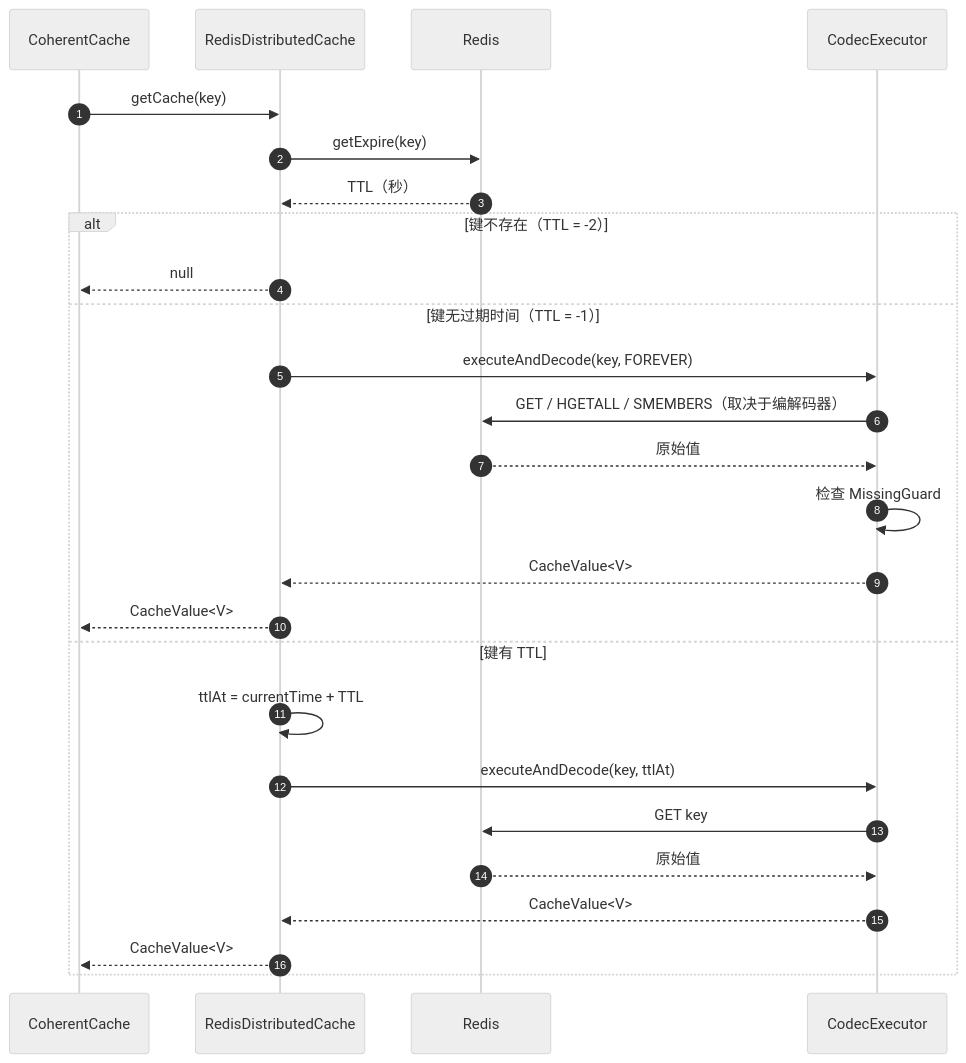
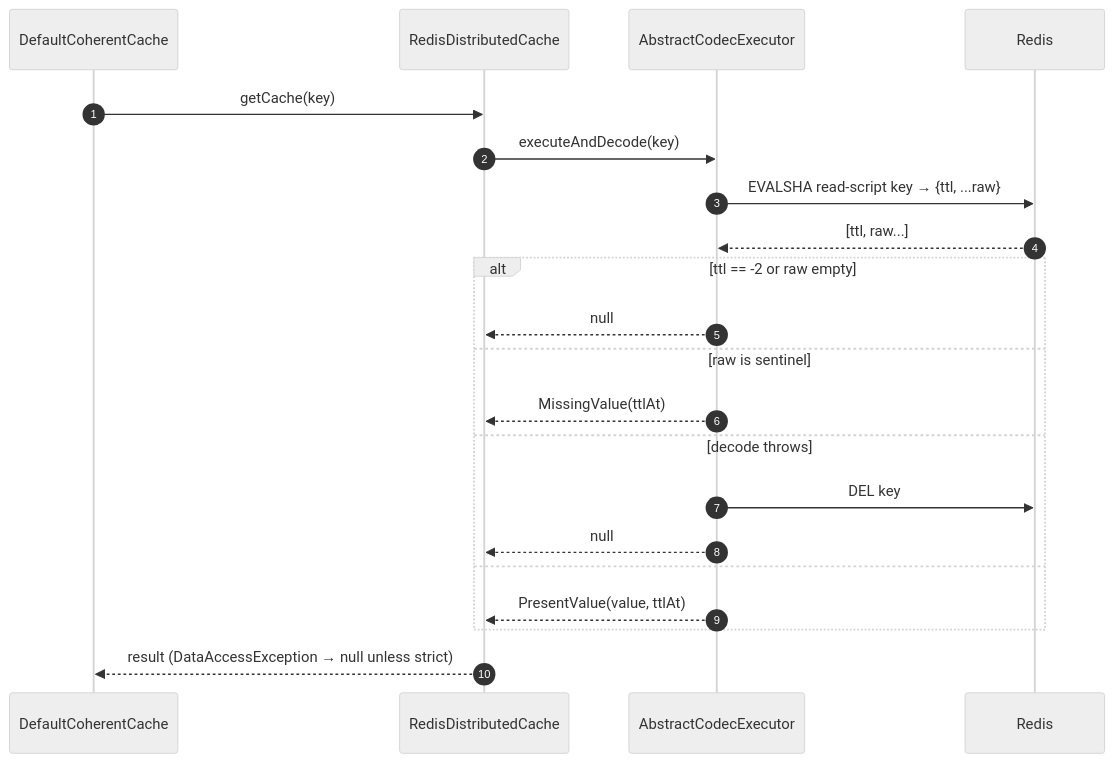
Before and after one commit to Ahoo-Wang/CoCache: the second of 3 diagrams in wiki/zh/modules/cocache-spring-redis.md, drawn with Mermaid (neutral theme). The commit also changed other lines of this file and 256 other files, not shown here.

````diff
--- a/wiki/zh/modules/cocache-spring-redis.md
+++ b/wiki/zh/modules/cocache-spring-redis.md
@@ -61,30 +51,24 @@
 ```mermaid
 sequenceDiagram
 autonumber
-    participant Caller as CoherentCache
+    participant CC as DefaultCoherentCache
     participant RDC as RedisDistributedCache
-    participant Redis as Redis
-    participant Codec as CodecExecutor
+    participant CE as AbstractCodecExecutor
+    participant R as Redis
 
-    Caller->>RDC: getCache(key)
-    RDC->>Redis: getExpire(key)
-    Redis-->>RDC: TTL（秒）
-
-    alt 键不存在（TTL = -2）
-        RDC-->>Caller: null
-    else 键无过期时间（TTL = -1）
-        RDC->>Codec: executeAndDecode(key, FOREVER)
-        Codec->>Redis: GET / HGETALL / SMEMBERS（取决于编解码器）
-        Redis-->>Codec: 原始值
-        Codec->>Codec: 检查 MissingGuard
-        Codec-->>RDC: CacheValue<V>
-        RDC-->>Caller: CacheValue<V>
-    else 键有 TTL
-        RDC->>RDC: ttlAt = currentTime + TTL
-        RDC->>Codec: executeAndDecode(key, ttlAt)
-        Codec->>Redis: GET key
-        Redis-->>Codec: 原始值
-        Codec-->>RDC: CacheValue<V>
-        RDC-->>Caller: CacheValue<V>
+    CC->>RDC: getCache(key)
+    RDC->>CE: executeAndDecode(key)
+    CE->>R: EVALSHA read-script key → {ttl, ...raw}
+    R-->>CE: [ttl, raw...]
+    alt ttl == -2 or raw empty
+        CE-->>RDC: null
+    else raw is sentinel
+        CE-->>RDC: MissingValue(ttlAt)
+    else decode throws
+        CE->>R: DEL key
+        CE-->>RDC: null
+    else
+        CE-->>RDC: PresentValue(value, ttlAt)
     end
+    RDC-->>CC: result (DataAccessException → null unless strict)
 ```
````
